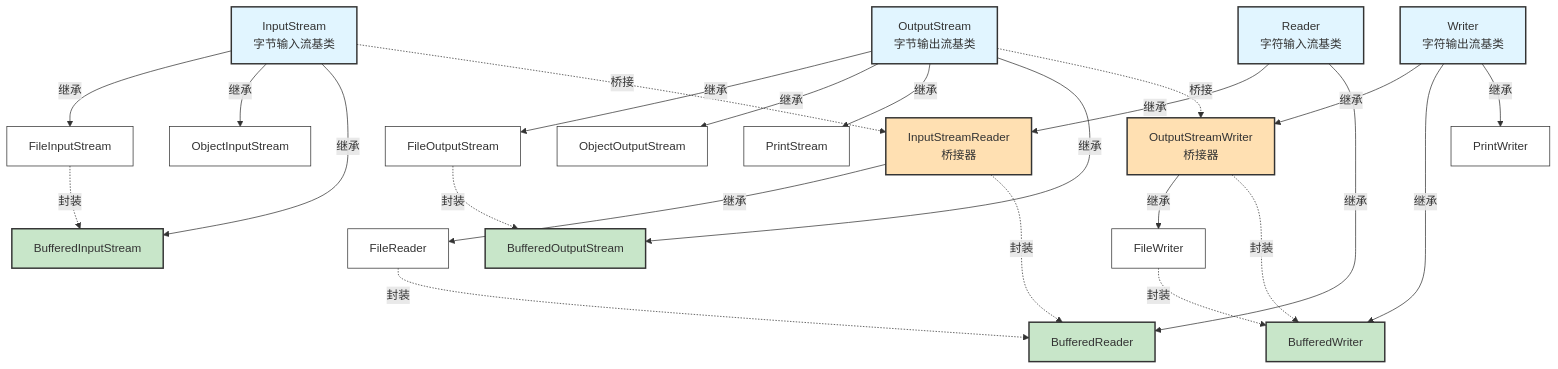
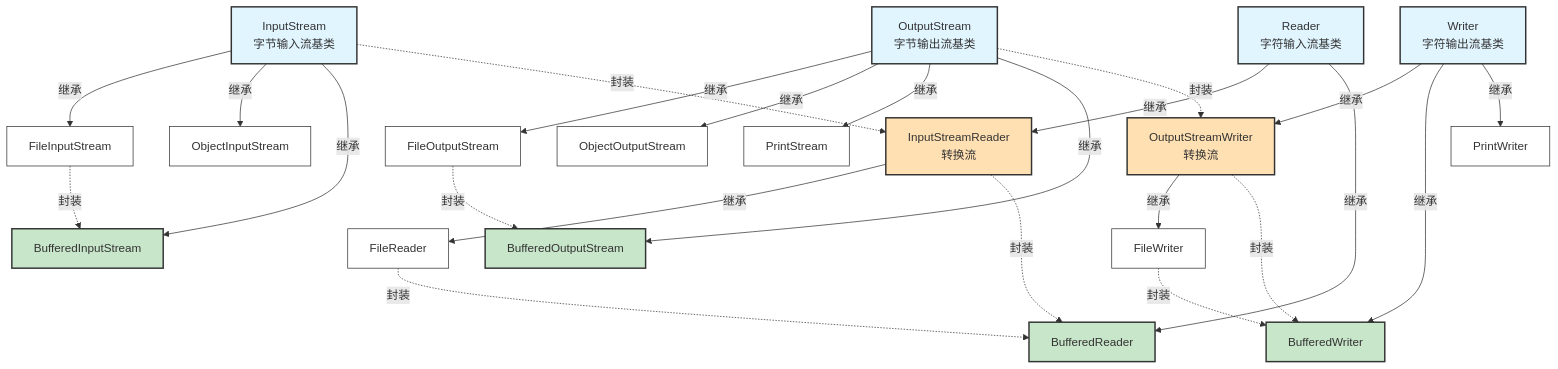
Before and after one commit to horizon-dawn/dev: the diagram in Java面试题/Java IO流继承体系.md, drawn with Mermaid. The commit also changed other lines of this file, not shown here.

````diff
--- a/Java面试题/Java IO流继承体系.md
+++ b/Java面试题/Java IO流继承体系.md
@@ -7,66 +7,66 @@
 ```mermaid
 graph TB
     %% 定义样式
     classDef abstract fill:#e1f5ff,stroke:#333,stroke-width:2px
     classDef node fill:#fff,stroke:#333,stroke-width:1px
     classDef decorator fill:#c8e6c9,stroke:#333,stroke-width:2px
     classDef bridge fill:#ffe0b2,stroke:#333,stroke-width:2px
 
     %% 字节流
     InputStream[InputStream<br/>字节输入流基类]:::abstract
     OutputStream[OutputStream<br/>字节输出流基类]:::abstract
     
     FileInputStream[FileInputStream]:::node
     ObjectInputStream[ObjectInputStream]:::node
     BufferedInputStream[BufferedInputStream]:::decorator
     
     FileOutputStream[FileOutputStream]:::node
     ObjectOutputStream[ObjectOutputStream]:::node
     PrintStream[PrintStream]:::node
     BufferedOutputStream[BufferedOutputStream]:::decorator
     
     %% 字符流
     Reader[Reader<br/>字符输入流基类]:::abstract
     Writer[Writer<br/>字符输出流基类]:::abstract
     
-    InputStreamReader[InputStreamReader<br/>桥接器]:::bridge
+    InputStreamReader[InputStreamReader<br/>转换流]:::bridge
     FileReader[FileReader]:::node
     BufferedReader[BufferedReader]:::decorator
     
-    OutputStreamWriter[OutputStreamWriter<br/>桥接器]:::bridge
+    OutputStreamWriter[OutputStreamWriter<br/>转换流]:::bridge
     FileWriter[FileWriter]:::node
     BufferedWriter[BufferedWriter]:::decorator
     PrintWriter[PrintWriter]:::node
     
     %% 继承关系
     InputStream -->|继承| FileInputStream
     InputStream -->|继承| ObjectInputStream
     InputStream -->|继承| BufferedInputStream
     
     OutputStream -->|继承| FileOutputStream
     OutputStream -->|继承| ObjectOutputStream
     OutputStream -->|继承| PrintStream
     OutputStream -->|继承| BufferedOutputStream
     
     Reader -->|继承| InputStreamReader
     Reader -->|继承| BufferedReader
     InputStreamReader -->|继承| FileReader
     
     Writer -->|继承| OutputStreamWriter
     Writer -->|继承| BufferedWriter
     Writer -->|继承| PrintWriter
     OutputStreamWriter -->|继承| FileWriter
     
     %% 封装关系（虚线）
     FileInputStream -.封装.-> BufferedInputStream
     FileOutputStream -.封装.-> BufferedOutputStream
     
     InputStreamReader -.封装.-> BufferedReader
     FileReader -.封装.-> BufferedReader
     OutputStreamWriter -.封装.-> BufferedWriter
     FileWriter -.封装.-> BufferedWriter
     
-    %% 桥接关系
-    InputStream -.桥接.-> InputStreamReader
-    OutputStream -.桥接.-> OutputStreamWriter
+    %% 转换关系
+    InputStream -.封装.-> InputStreamReader
+    OutputStream -.封装.-> OutputStreamWriter
 ```
````
